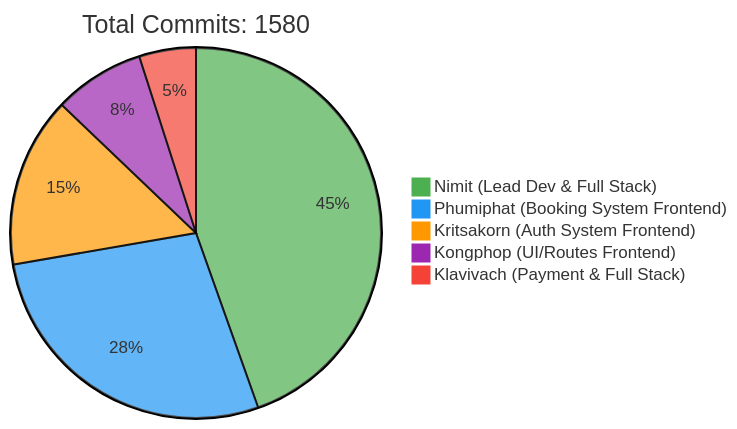
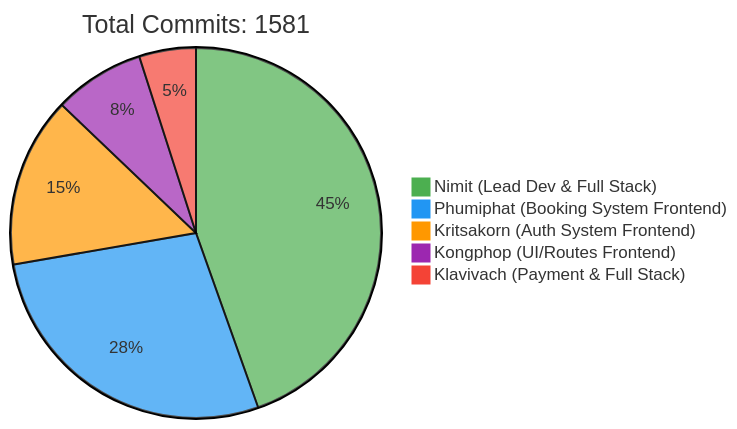
One commit to 6531503042/Sport-Complex changed the first of 2 diagrams in README.md. Above: the diagram before and after it, drawn with Mermaid. The commit also changed other lines of this file, not shown here.

Commit message:
docs: Update contributor statistics [skip ci]

````diff
--- a/README.md
+++ b/README.md
@@ -257,10 +257,10 @@
 ```mermaid
 %%{init: {'theme': 'base', 'themeVariables': { 'pie1': '#4CAF50', 'pie2': '#2196F3', 'pie3': '#FF9800', 'pie4': '#9C27B0', 'pie5': '#F44336'}}}%%
 pie
-    title Total Commits: 1580
+    title Total Commits: 1581
     "Nimit (Lead Dev & Full Stack)" : 450
     "Phumiphat (Booking System Frontend)" : 280
     "Kritsakorn (Auth System Frontend)" : 150
     "Kongphop (UI/Routes Frontend)" : 80
     "Klavivach (Payment & Full Stack)" : 50
 ```
````
